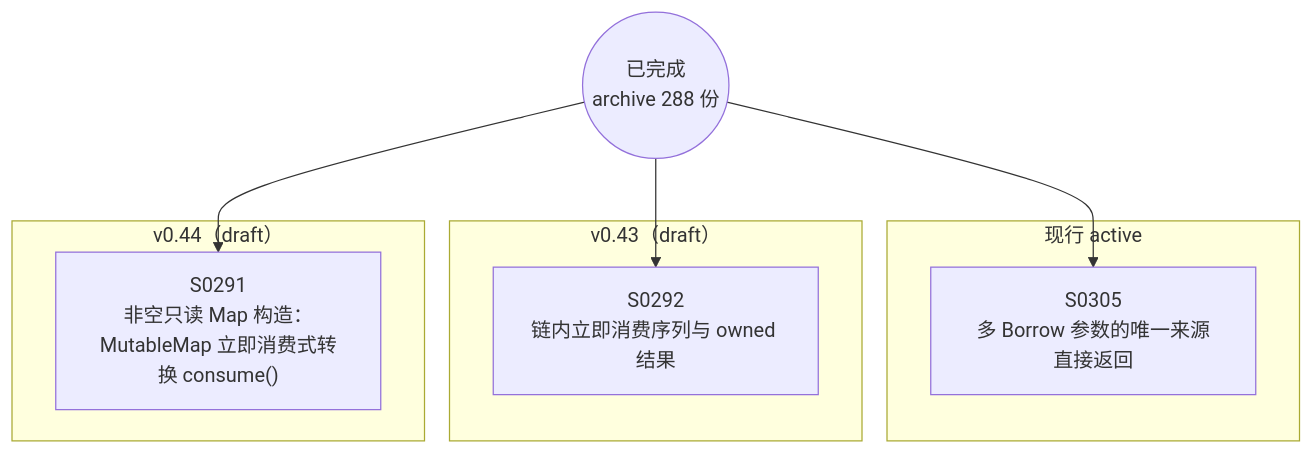
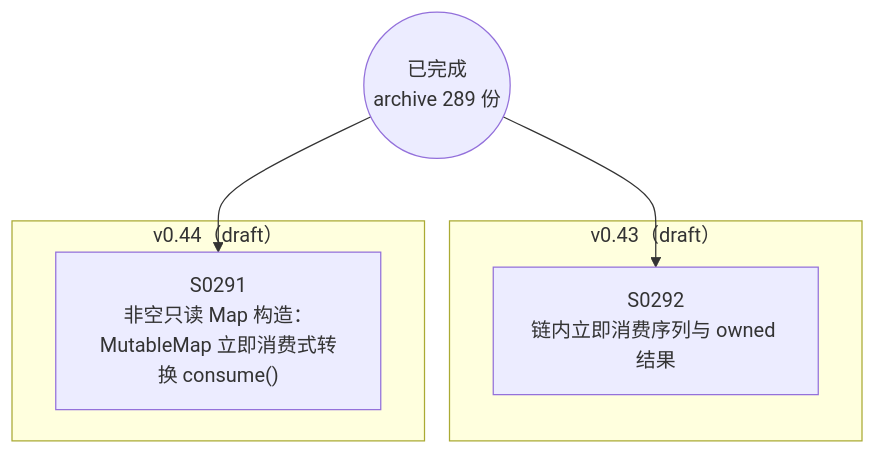
The diagram in docs/specs/dependency-graph.md (Halckon/Koven), drawn with Mermaid before and after one commit. The commit also changed other lines of this file and 9 other files, not shown here.

Commit message:
docs(spec): archive verified multi-parameter borrow slice (SPEC-0305)

````diff
--- a/docs/specs/dependency-graph.md
+++ b/docs/specs/dependency-graph.md
@@ -9,16 +9,12 @@
 ```mermaid
 flowchart TD
-ARCH(("已完成<br/>archive 288 份"))
-subgraph Gactive["现行 active"]
-  S0305["S0305<br/>多 Borrow 参数的唯一来源直接返回"]
-end
+ARCH(("已完成<br/>archive 289 份"))
 subgraph Gdrafts_v043["v0.43（draft）"]
   S0292["S0292<br/>链内立即消费序列与 owned 结果"]
 end
 subgraph Gdrafts_v044["v0.44（draft）"]
   S0291["S0291<br/>非空只读 Map 构造：MutableMap 立即消费式转换 consume()"]
 end
 ARCH --> S0291
 ARCH --> S0292
-ARCH --> S0305
 ```
````
